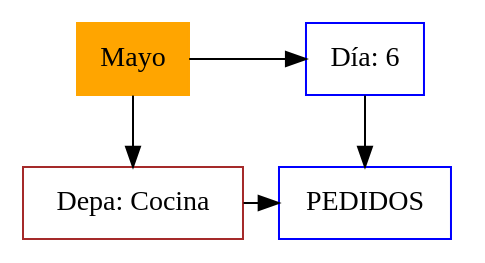
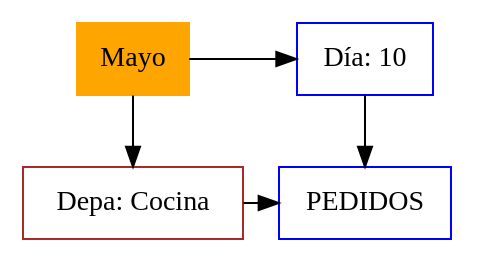
Before and after one commit to Daniel-Chicas/EDD_VirtualMall_201807079: the diagram in cliente/src/ImagenMatriz/Matriz.dot, drawn with Graphviz. The commit also changed 13 other files, not shown here.

```diff
--- a/cliente/src/ImagenMatriz/Matriz.dot
+++ b/cliente/src/ImagenMatriz/Matriz.dot
@@ -1,15 +1,15 @@
 digraph Daniel20215{
 node[shape=box];
 MT[label="Mayo", style = filled, color=orange, group = 1];
 e0[shape = point, width = 0];
 e0[shape = point, width = 0];
-node0xc000041220[color=brown, label="Depa: Cocina", group = 1];
-MT->node0xc000041220;
-node0xc000041270[color=blue, label="Día: 6", group = 2];
-MT->node0xc000041270;
-{rank = same;MT;node0xc000041270;}
-node0xc000182280[color=blue, label="PEDIDOS", group = 2];
-node0xc000041270->node0xc000182280;
-node0xc000041220->node0xc000182280;
-{rank = same;node0xc000041220;node0xc000182280;}
+node0xc000042a50[color=brown, label="Depa: Cocina", group = 1];
+MT->node0xc000042a50;
+node0xc000042aa0[color=blue, label="Día: 10", group = 2];
+MT->node0xc000042aa0;
+{rank = same;MT;node0xc000042aa0;}
+node0xc00023c340[color=blue, label="PEDIDOS", group = 2];
+node0xc000042aa0->node0xc00023c340;
+node0xc000042a50->node0xc00023c340;
+{rank = same;node0xc000042a50;node0xc00023c340;}
 }
```
